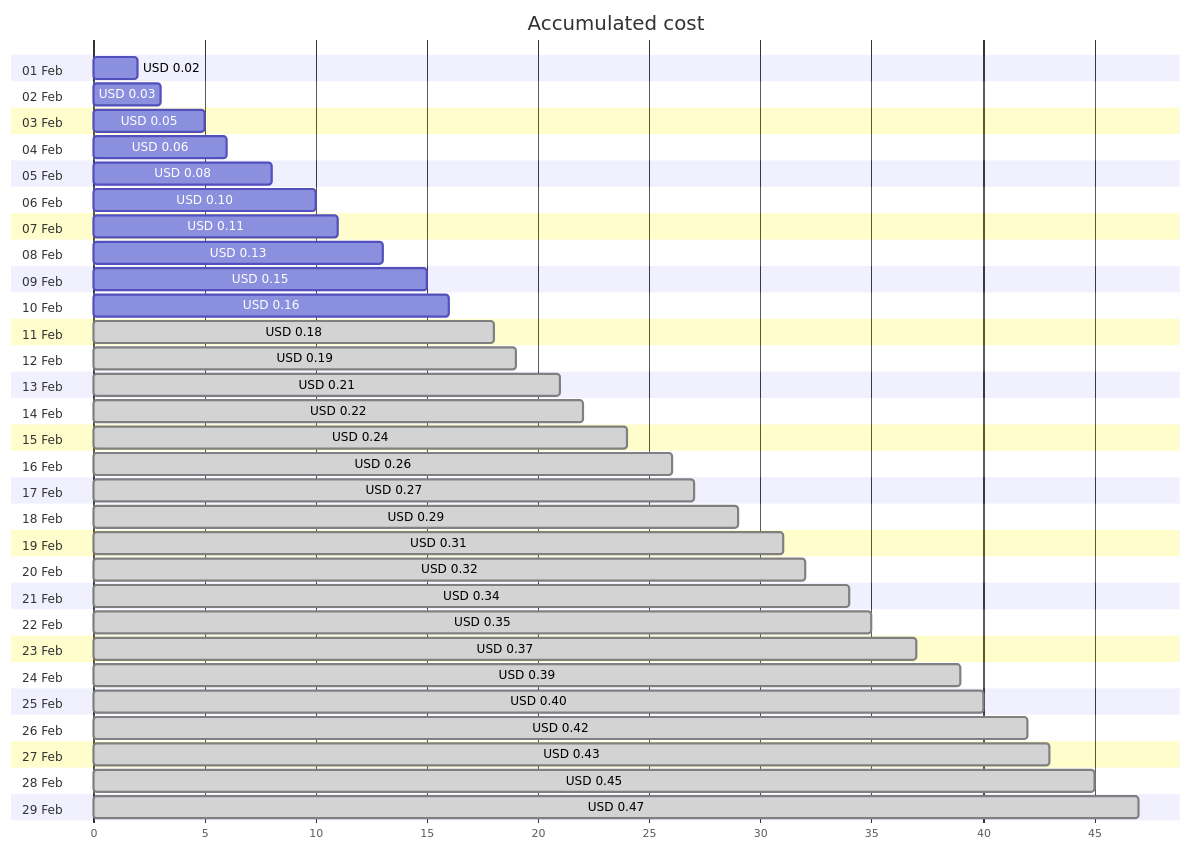
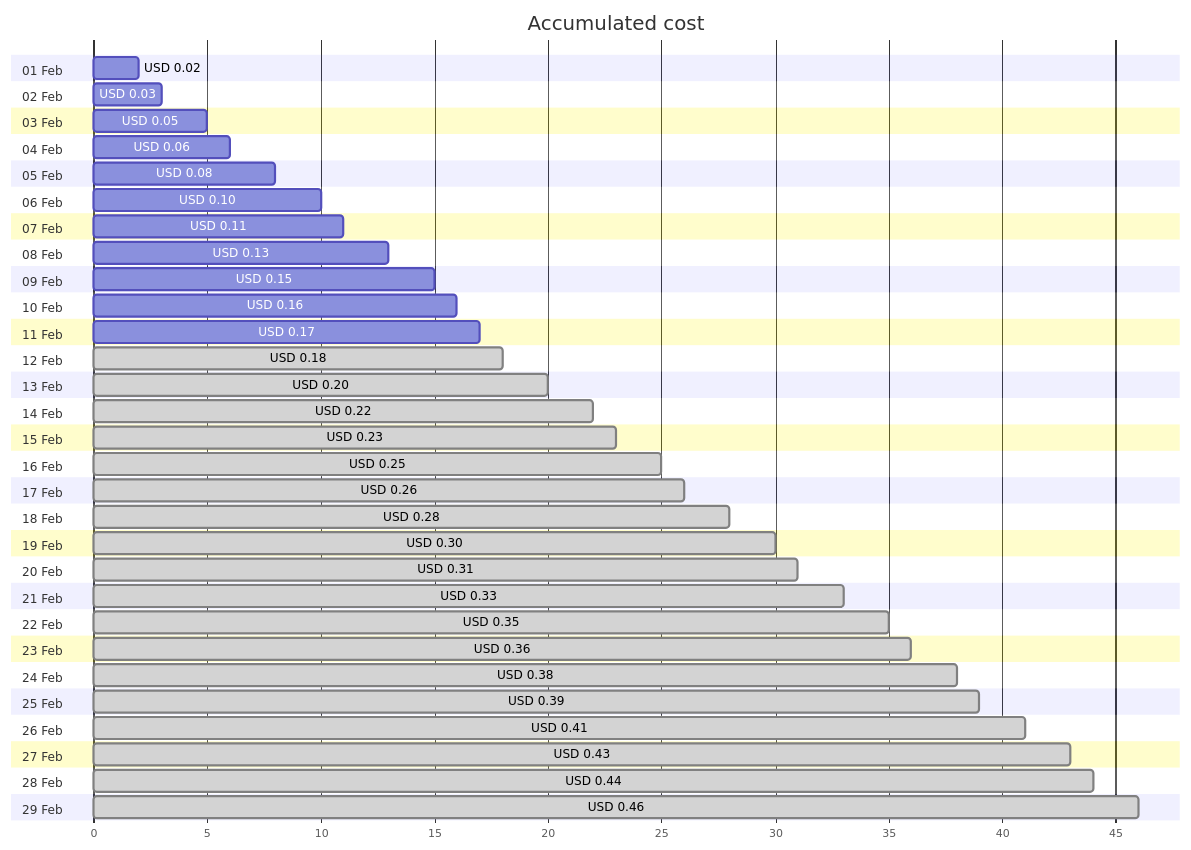
The first of 4 diagrams in cost-reports/personal-network/private.jpatrickfulton.com.md (jpfulton/azure-personal-reports), drawn with Mermaid before and after one commit. The commit also changed other lines of this file and 8 other files, not shown here.

````diff
--- a/cost-reports/personal-network/private.jpatrickfulton.com.md
+++ b/cost-reports/personal-network/private.jpatrickfulton.com.md
@@ -20,64 +20,64 @@
 ```mermaid
 gantt
    title Accumulated cost
    dateFormat  X
    axisFormat %s
    section 01 Feb
    USD 0.02 :0, 2
    section 02 Feb
    USD 0.03 :0, 3
    section 03 Feb
    USD 0.05 :0, 5
    section 04 Feb
    USD 0.06 :0, 6
    section 05 Feb
    USD 0.08 :0, 8
    section 06 Feb
    USD 0.10 :0, 10
    section 07 Feb
    USD 0.11 :0, 11
    section 08 Feb
    USD 0.13 :0, 13
    section 09 Feb
    USD 0.15 :0, 15
    section 10 Feb
    USD 0.16 :0, 16
    section 11 Feb
+   USD 0.17 :0, 17
+   section 12 Feb
    USD 0.18 : done, 0, 18
-   section 12 Feb
-   USD 0.19 : done, 0, 19
    section 13 Feb
-   USD 0.21 : done, 0, 21
+   USD 0.20 : done, 0, 20
    section 14 Feb
    USD 0.22 : done, 0, 22
    section 15 Feb
-   USD 0.24 : done, 0, 24
+   USD 0.23 : done, 0, 23
    section 16 Feb
+   USD 0.25 : done, 0, 25
+   section 17 Feb
    USD 0.26 : done, 0, 26
-   section 17 Feb
-   USD 0.27 : done, 0, 27
    section 18 Feb
-   USD 0.29 : done, 0, 29
+   USD 0.28 : done, 0, 28
    section 19 Feb
+   USD 0.30 : done, 0, 30
+   section 20 Feb
    USD 0.31 : done, 0, 31
-   section 20 Feb
-   USD 0.32 : done, 0, 32
    section 21 Feb
-   USD 0.34 : done, 0, 34
+   USD 0.33 : done, 0, 33
    section 22 Feb
    USD 0.35 : done, 0, 35
    section 23 Feb
-   USD 0.37 : done, 0, 37
+   USD 0.36 : done, 0, 36
    section 24 Feb
+   USD 0.38 : done, 0, 38
+   section 25 Feb
    USD 0.39 : done, 0, 39
-   section 25 Feb
-   USD 0.40 : done, 0, 40
    section 26 Feb
-   USD 0.42 : done, 0, 42
+   USD 0.41 : done, 0, 41
    section 27 Feb
    USD 0.43 : done, 0, 43
    section 28 Feb
-   USD 0.45 : done, 0, 45
+   USD 0.44 : done, 0, 44
    section 29 Feb
-   USD 0.47 : done, 0, 47
+   USD 0.46 : done, 0, 46
 ```
````
